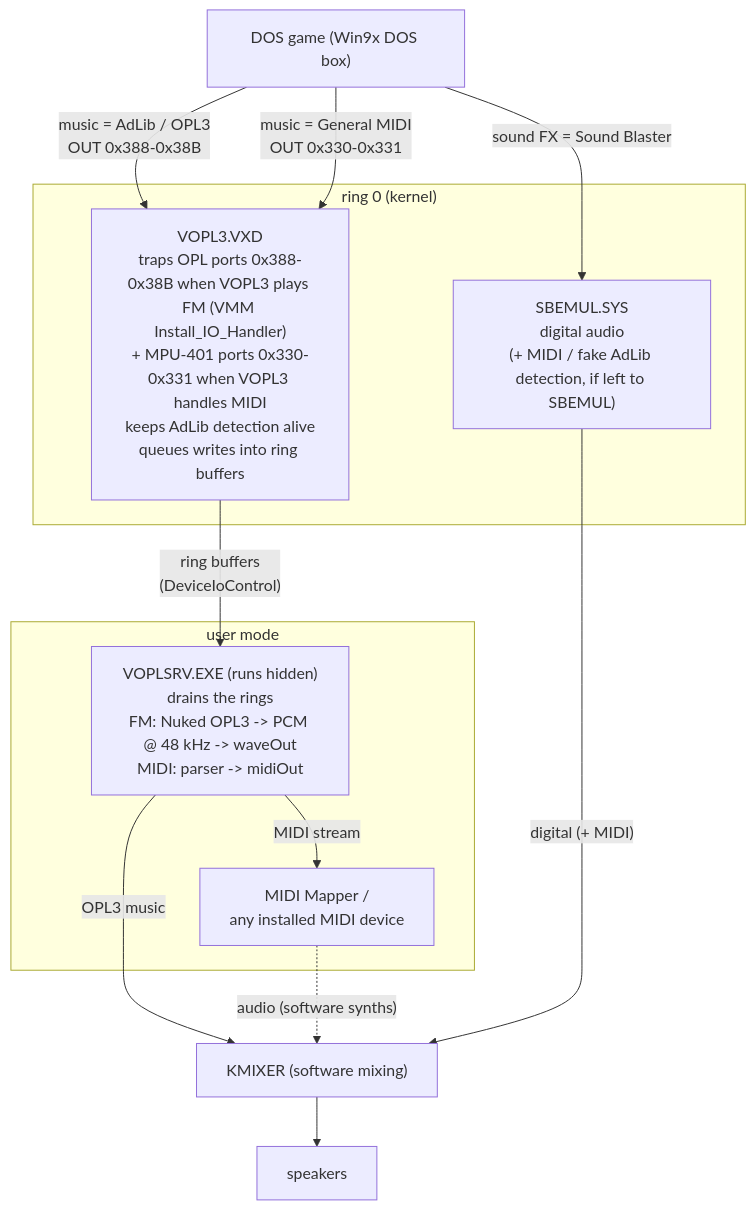
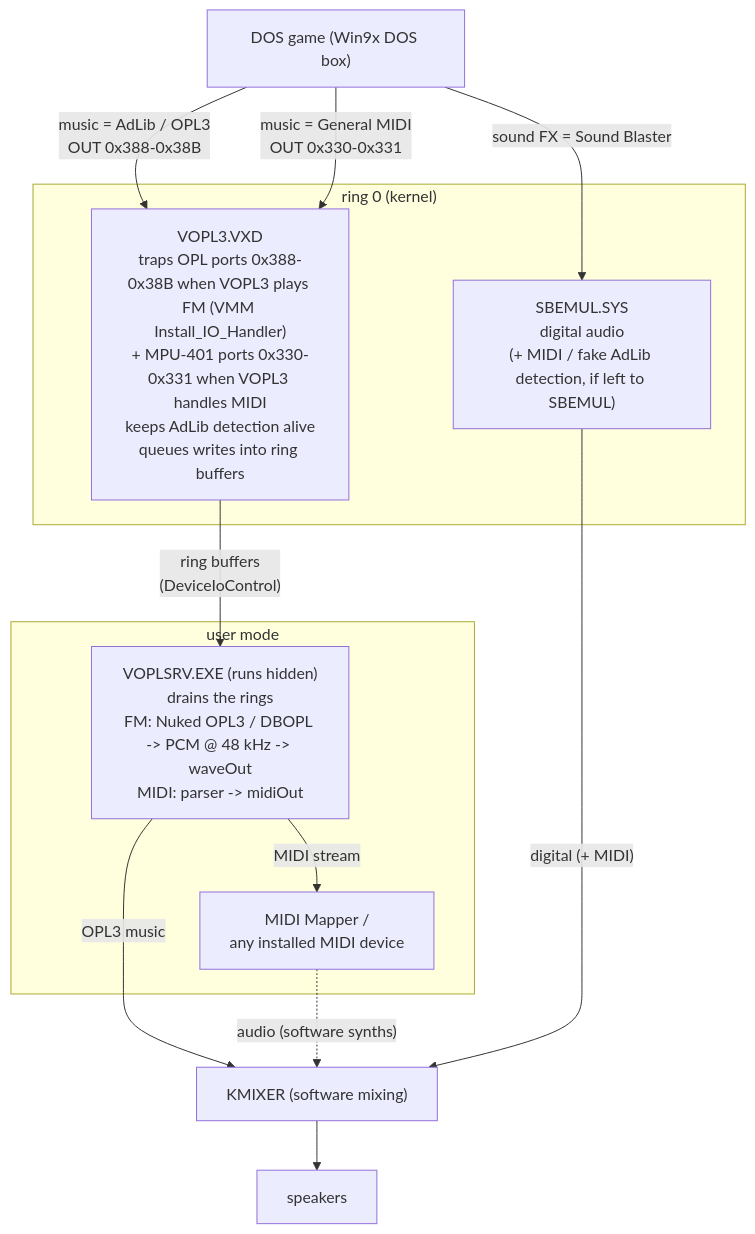
Before and after one commit to sdz-mods/VOPL3: the diagram in README.md, drawn with Mermaid. The commit also changed other lines of this file and 18 other files, not shown here.

Commit message:
renderer, installer: add a third renderer backend, DOSBox's DBOPL (VOPLDB.EXE, GPL v2+)

````diff
--- a/README.md
+++ b/README.md
@@ -48,24 +48,24 @@
 ```mermaid
 flowchart TD
     G["DOS game (Win9x DOS box)"]
 
     subgraph k["ring 0 (kernel)"]
         VXD["VOPL3.VXD<br/>traps OPL ports 0x388-0x38B when VOPL3 plays FM (VMM Install_IO_Handler)<br/>+ MPU-401 ports 0x330-0x331 when VOPL3 handles MIDI<br/>keeps AdLib detection alive<br/>queues writes into ring buffers"]
         SB["SBEMUL.SYS<br/>digital audio<br/>(+ MIDI / fake AdLib detection, if left to SBEMUL)"]
     end
 
     subgraph u["user mode"]
-        SRV["VOPLSRV.EXE (runs hidden)<br/>drains the rings<br/>FM: Nuked OPL3 -> PCM @ 48 kHz -> waveOut<br/>MIDI: parser -> midiOut"]
+        SRV["VOPLSRV.EXE (runs hidden)<br/>drains the rings<br/>FM: Nuked OPL3 / DBOPL -> PCM @ 48 kHz -> waveOut<br/>MIDI: parser -> midiOut"]
         SYN["MIDI Mapper /<br/>any installed MIDI device"]
     end
 
     G -- "music = AdLib / OPL3<br/>OUT 0x388-0x38B" --> VXD
     G -- "music = General MIDI<br/>OUT 0x330-0x331" --> VXD
     G -- "sound FX = Sound Blaster" --> SB
     VXD -- "ring buffers<br/>(DeviceIoControl)" --> SRV
     SRV -- "OPL3 music" --> KMIX["KMIXER (software mixing)"]
     SRV -- "MIDI stream" --> SYN
     SYN -. "audio (software synths)" .-> KMIX
     SB -- "digital (+ MIDI)" --> KMIX
     KMIX --> SPK["speakers"]
 ```
````
